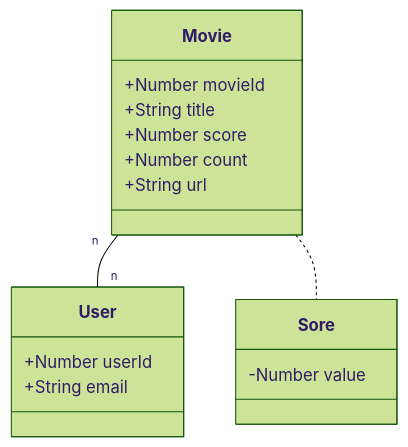
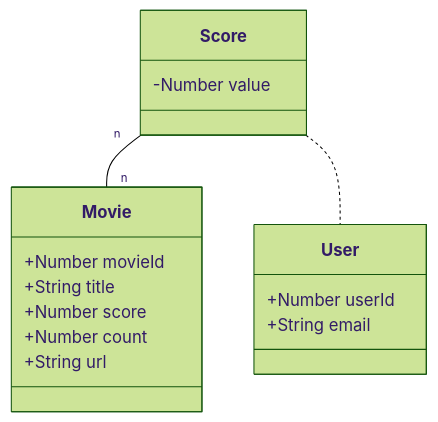
Before and after one commit to claudiobelempb/project-surbmovie: the diagram in README.md, drawn with Mermaid (forest theme). The commit also changed other lines of this file and 38 other files, not shown here.

````diff
--- a/README.md
+++ b/README.md
@@ -4,20 +5,20 @@
 ```mermaid
 classDiagram
     class Movie{
       +Number movieId
       +String title
       +Number score
       +Number count
       +String url
     }
-    class Sore{
+    class Score{
       -Number value
     }
     class User{
       +Number userId
       +String email
     }
 
-    Movie "n" -- "n" User
-    Movie .. Sore
+    Score "n" -- "n" Movie
+    Score .. User
 ```
````
